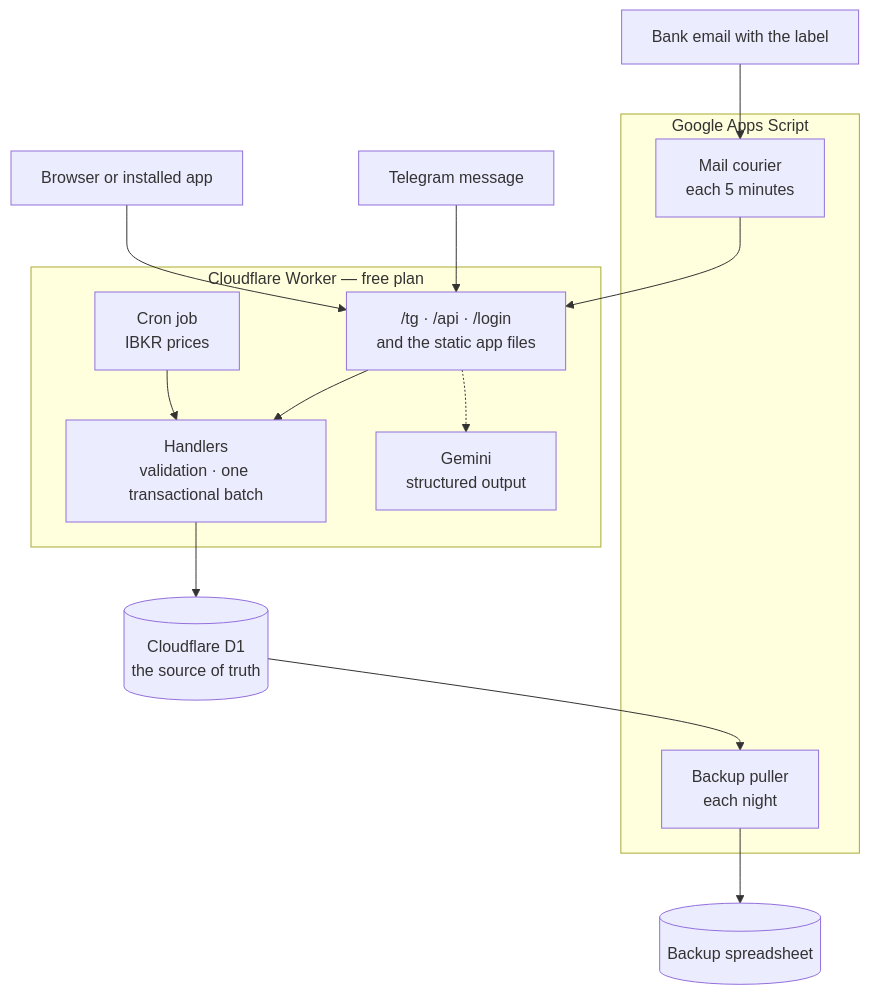
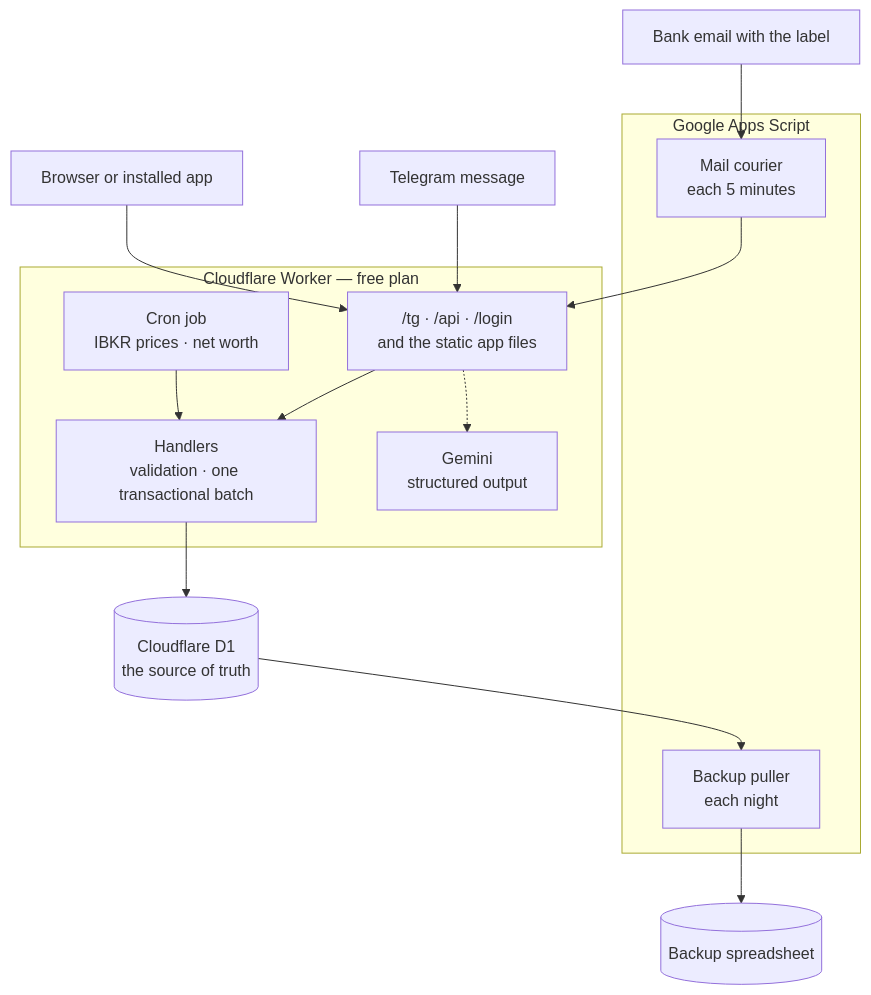
The diagram in README.md (akaNiknok/FinanceTracker), drawn with Mermaid before and after one commit. The commit also changed other lines of this file and 8 other files, not shown here.

First line of the commit message:
Dashboard: spending bars red; real monthly net-worth snapshots

````diff
--- a/README.md
+++ b/README.md
@@ -22,31 +23,31 @@
 ```mermaid
 flowchart TB
     TG["Telegram message"]
     BR["Browser or installed app"]
     ML["Bank email with the label"]
 
     subgraph CF["Cloudflare Worker — free plan"]
         WK["/tg · /api · /login<br/>and the static app files"]
         SV["Handlers<br/>validation · one transactional batch"]
-        JB["Cron job<br/>IBKR prices"]
+        JB["Cron job<br/>IBKR prices · net worth"]
         AI["Gemini<br/>structured output"]
     end
 
     subgraph GS["Google Apps Script"]
         CR["Mail courier<br/>each 5 minutes"]
         BK["Backup puller<br/>each night"]
     end
 
     DB[("Cloudflare D1<br/>the source of truth")]
     SS[("Backup spreadsheet")]
 
     TG --> WK
     BR --> WK
     ML --> CR
     CR --> WK
     WK --> SV
     JB --> SV
     WK -.-> AI
     SV --> DB
     DB --> BK --> SS
 ```
````
